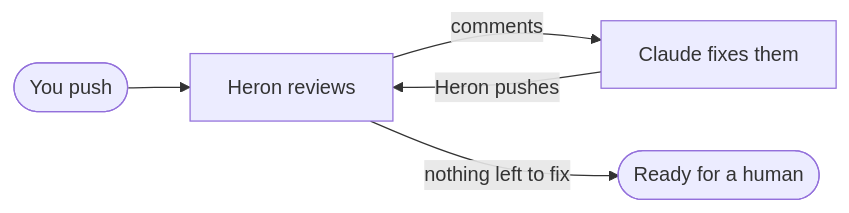
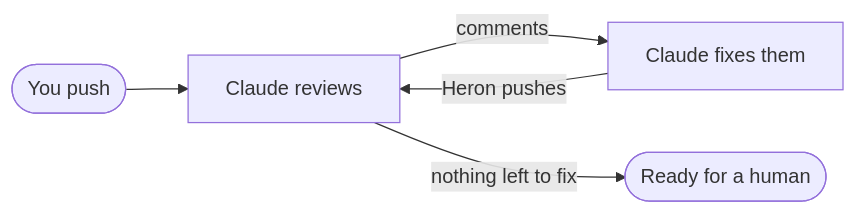
One commit to max-d3v/heron changed the diagram in README.md. Above: the diagram before and after it, drawn with Mermaid. The commit also changed other lines of this file, not shown here.

Commit message:
docs(readme): credit Claude with reviews and fixes, Heron as the harness

````diff
--- a/README.md
+++ b/README.md
@@ -86,7 +86,7 @@
 ```mermaid
 flowchart LR
-  push([You push]) --> review[Heron reviews]
+  push([You push]) --> review[Claude reviews]
   review -->|comments| fix[Claude fixes them]
   fix -->|Heron pushes| review
   review -->|nothing left to fix| done([Ready for a human])
 ```
````
